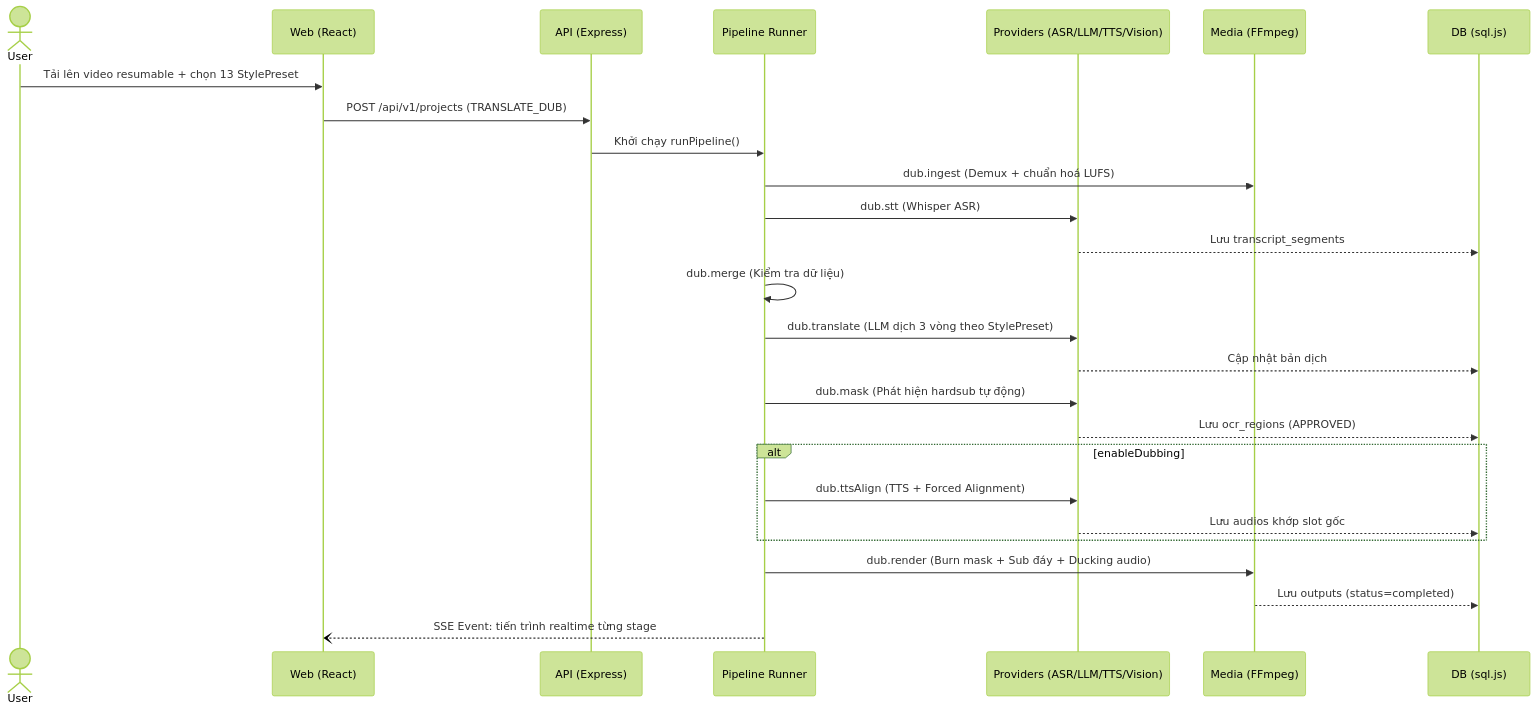
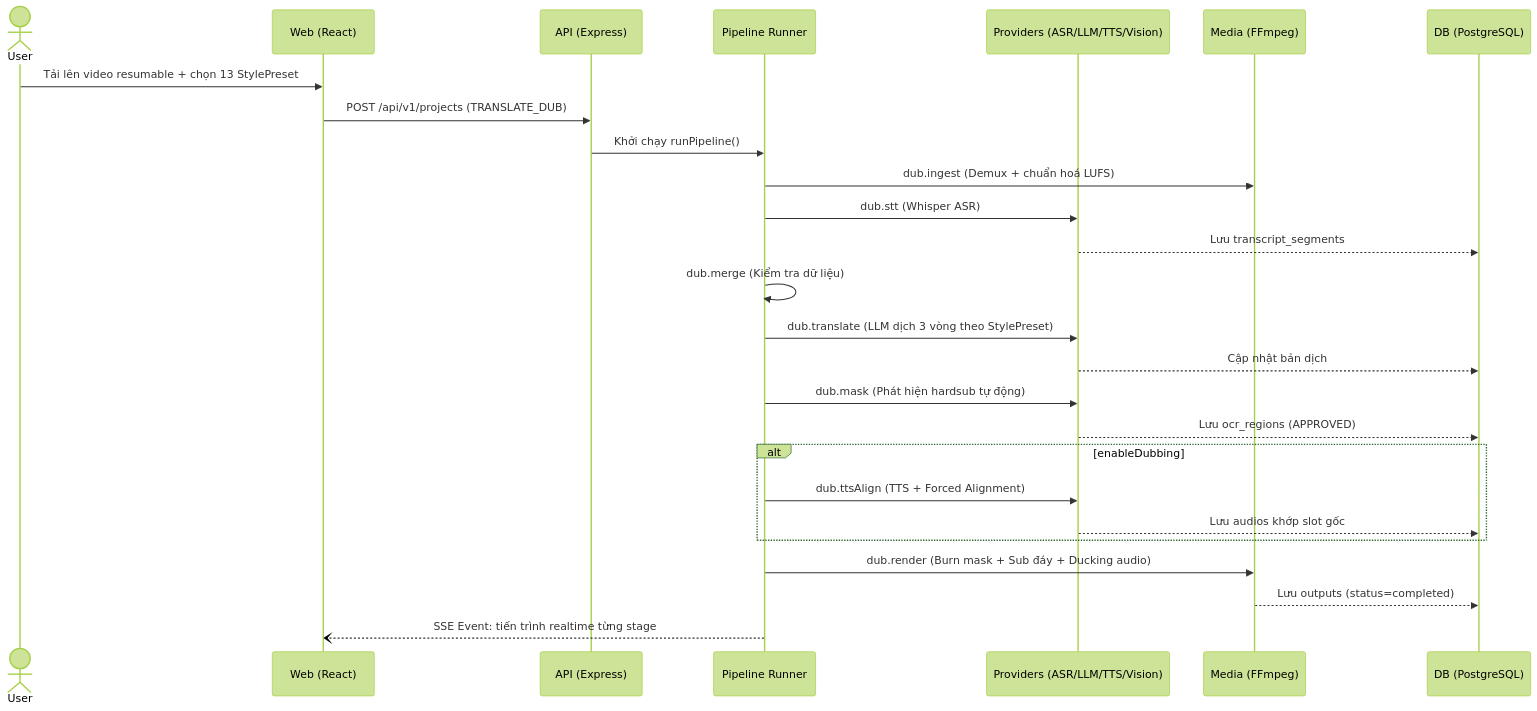
One commit to Trungtran1945/Video-AI changed the second of 3 diagrams in Video_AI_docs/docs/01_KIEN_TRUC_TONG_THE.md. Above: the diagram before and after it, drawn with Mermaid (forest theme). The commit also changed other lines of this file and 33 other files, not shown here.

````diff
--- a/Video_AI_docs/docs/01_KIEN_TRUC_TONG_THE.md
+++ b/Video_AI_docs/docs/01_KIEN_TRUC_TONG_THE.md
@@ -258,29 +258,29 @@
 ```mermaid
 sequenceDiagram
   actor U as User
   participant W as Web (React)
   participant A as API (Express)
   participant R as Pipeline Runner
   participant P as Providers (ASR/LLM/TTS/Vision)
   participant M as Media (FFmpeg)
-  participant D as DB (sql.js)
+  participant D as DB (PostgreSQL)
 
   U->>W: Tải lên video resumable + chọn 13 StylePreset
   W->>A: POST /api/v1/projects (TRANSLATE_DUB)
   A->>R: Khởi chạy runPipeline()
   R->>M: dub.ingest (Demux + chuẩn hoá LUFS)
   R->>P: dub.stt (Whisper ASR)
   P-->>D: Lưu transcript_segments
   R->>R: dub.merge (Kiểm tra dữ liệu)
   R->>P: dub.translate (LLM dịch 3 vòng theo StylePreset)
   P-->>D: Cập nhật bản dịch
   R->>P: dub.mask (Phát hiện hardsub tự động)
   P-->>D: Lưu ocr_regions (APPROVED)
   alt enableDubbing
     R->>P: dub.ttsAlign (TTS + Forced Alignment)
     P-->>D: Lưu audios khớp slot gốc
   end
   R->>M: dub.render (Burn mask + Sub đáy + Ducking audio)
   M-->>D: Lưu outputs (status=completed)
   R--)W: SSE Event: tiến trình realtime từng stage
 ```
````
